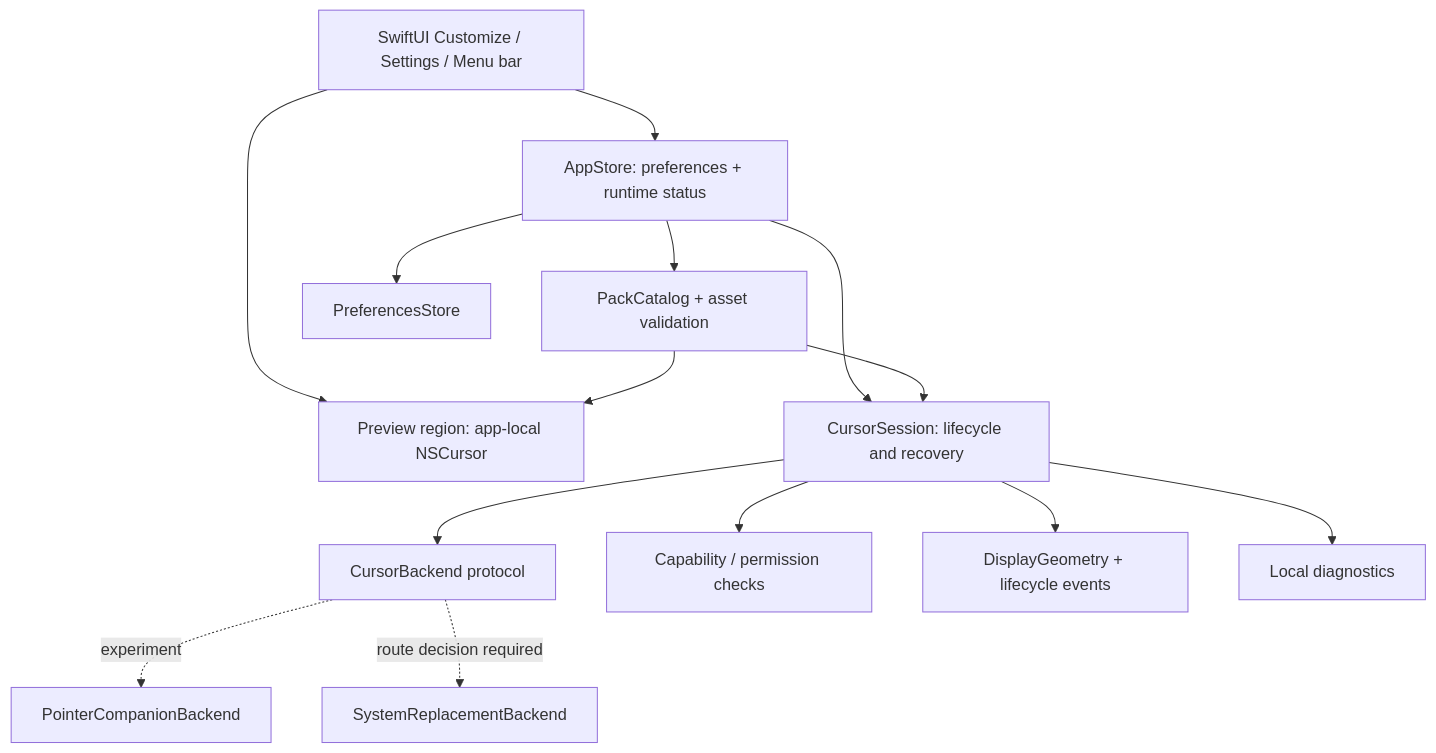
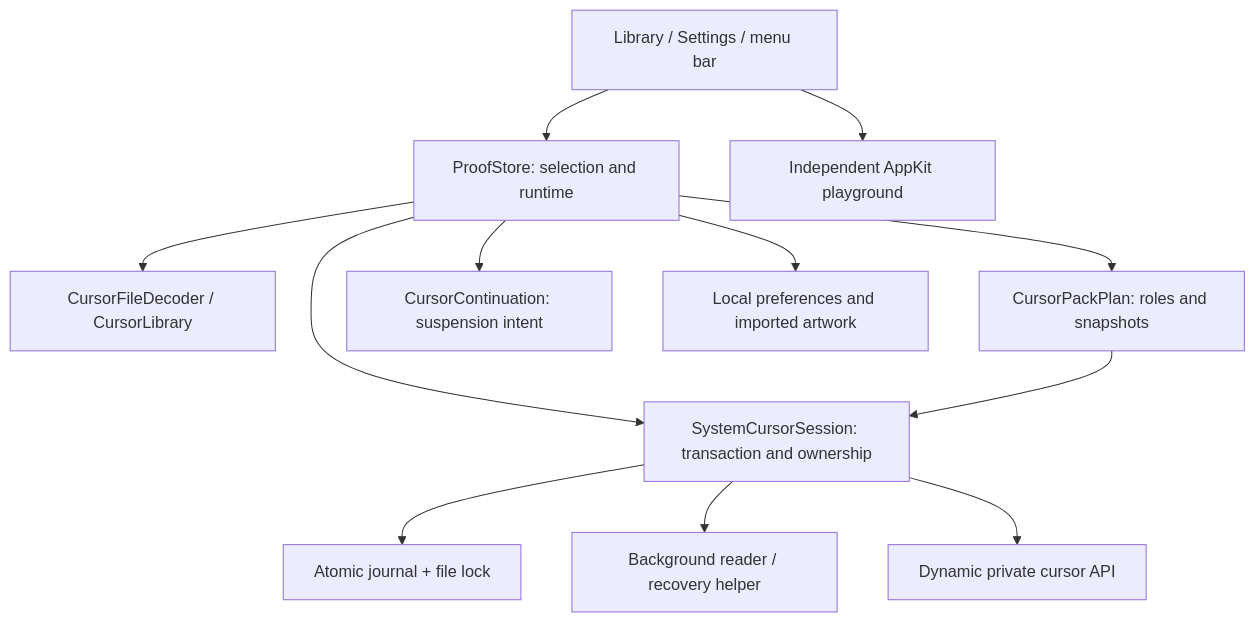
Before and after one commit to izulsyauki/octapuss: the diagram in docs/ARCHITECTURE.md, drawn with Mermaid. The commit also changed other lines of this file and 6 other files, not shown here.

````diff
--- a/docs/ARCHITECTURE.md
+++ b/docs/ARCHITECTURE.md
@@ -15,16 +5,14 @@
 ```mermaid
 flowchart TD
-    UI[SwiftUI Customize / Settings / Menu bar] --> S[AppStore: preferences + runtime status]
-    UI --> P[Preview region: app-local NSCursor]
-    S --> C[CursorSession: lifecycle and recovery]
-    C --> B[CursorBackend protocol]
-    B -. experiment .-> O[PointerCompanionBackend]
-    B -. route decision required .-> R[SystemReplacementBackend]
-    C --> G[Capability / permission checks]
-    C --> D[DisplayGeometry + lifecycle events]
-    C --> L[Local diagnostics]
-    S --> A[PackCatalog + asset validation]
-    S --> F[PreferencesStore]
-    A --> P
-    A --> C
+    UI[Library / Settings / menu bar] --> S[ProofStore: selection and runtime]
+    S --> I[CursorFileDecoder / CursorLibrary]
+    S --> P[CursorPackPlan: roles and snapshots]
+    S --> C[CursorContinuation: suspension intent]
+    S --> B[SystemCursorSession: transaction and ownership]
+    P --> B
+    B --> J[Atomic journal + file lock]
+    B --> H[Background reader / recovery helper]
+    B --> API[Dynamic private cursor API]
+    UI --> V[Independent AppKit playground]
+    S --> D[Local preferences and imported artwork]
 ```
````
